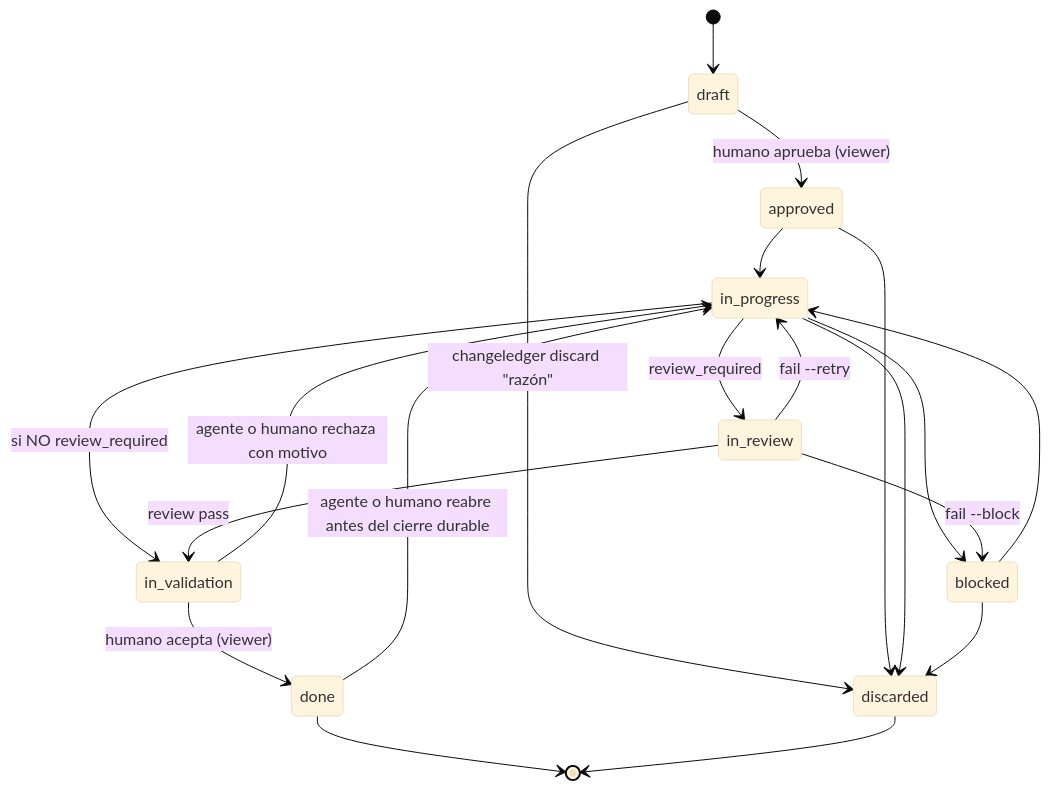
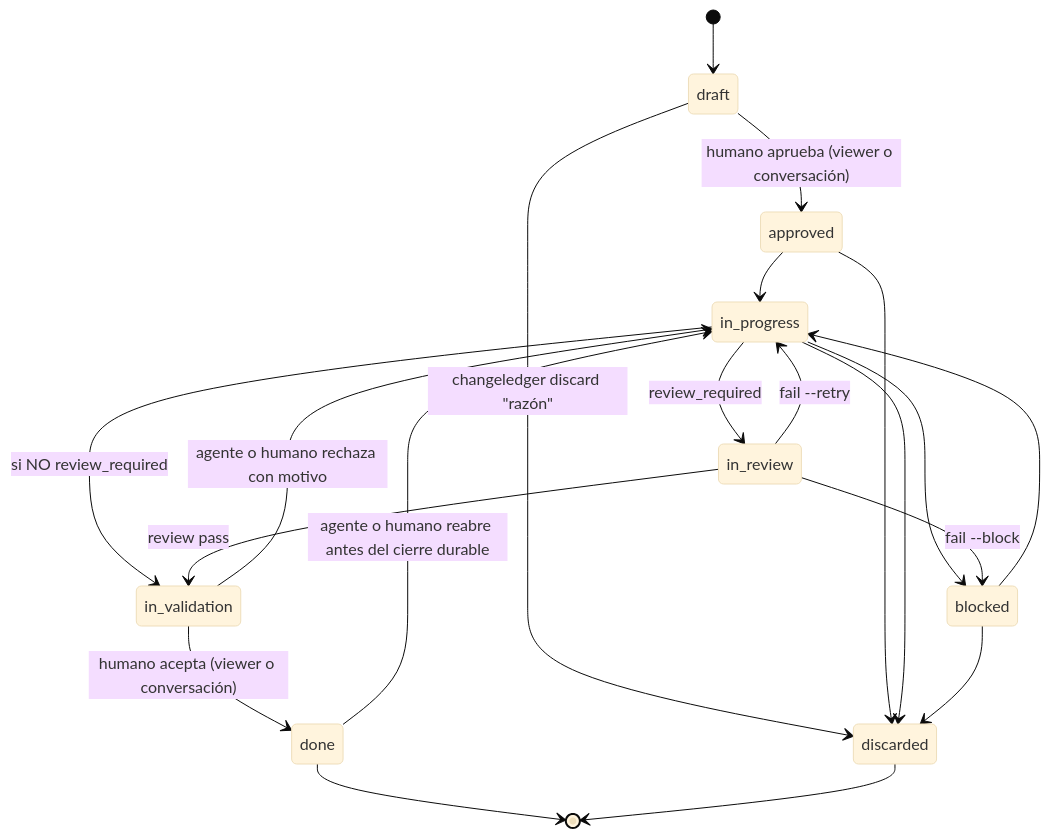
The diagram in .changeledger/specs/lifecycle.md (rarc88/changeledger), drawn with Mermaid (base theme) before and after one commit. The commit also changed other lines of this file and 10 other files, not shown here.

````diff
--- a/.changeledger/specs/lifecycle.md
+++ b/.changeledger/specs/lifecycle.md
@@ -27,22 +27,22 @@
 ```mermaid
 stateDiagram-v2
     [*] --> draft
-    draft --> approved: humano aprueba (viewer)
+    draft --> approved: humano aprueba (viewer o conversación)
     approved --> in_progress
     in_progress --> in_review: review_required
     in_progress --> in_validation: si NO review_required
     in_progress --> blocked
     in_review --> in_validation: review pass
     in_review --> in_progress: fail --retry
     in_review --> blocked: fail --block
-    in_validation --> done: humano acepta (viewer)
+    in_validation --> done: humano acepta (viewer o conversación)
     in_validation --> in_progress: agente o humano rechaza con motivo
     done --> in_progress: agente o humano reabre antes del cierre durable
     blocked --> in_progress
     draft --> discarded: changeledger discard "razón"
     approved --> discarded
     in_progress --> discarded
     blocked --> discarded
     done --> [*]
     discarded --> [*]
 ```
````
